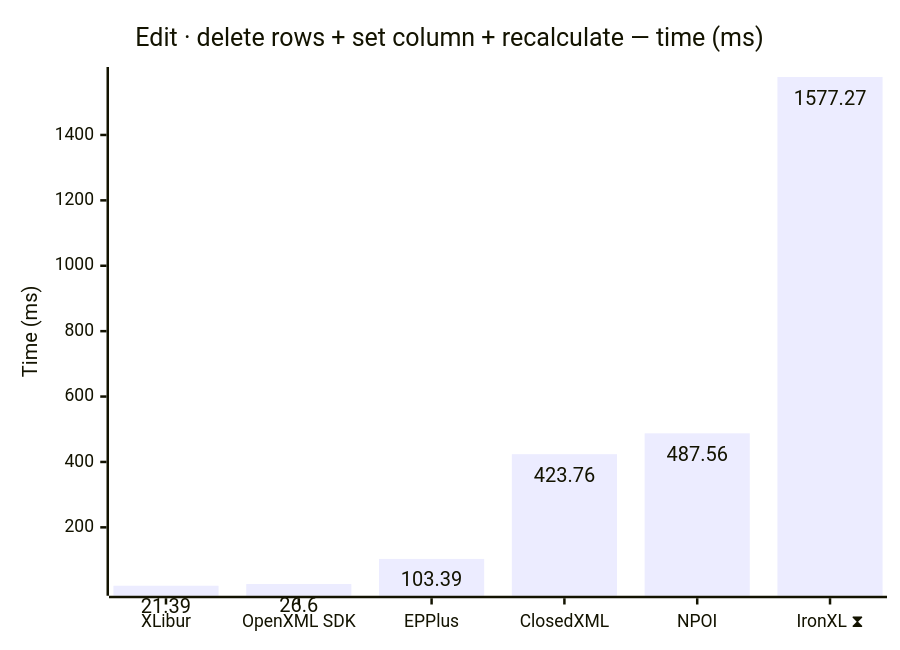
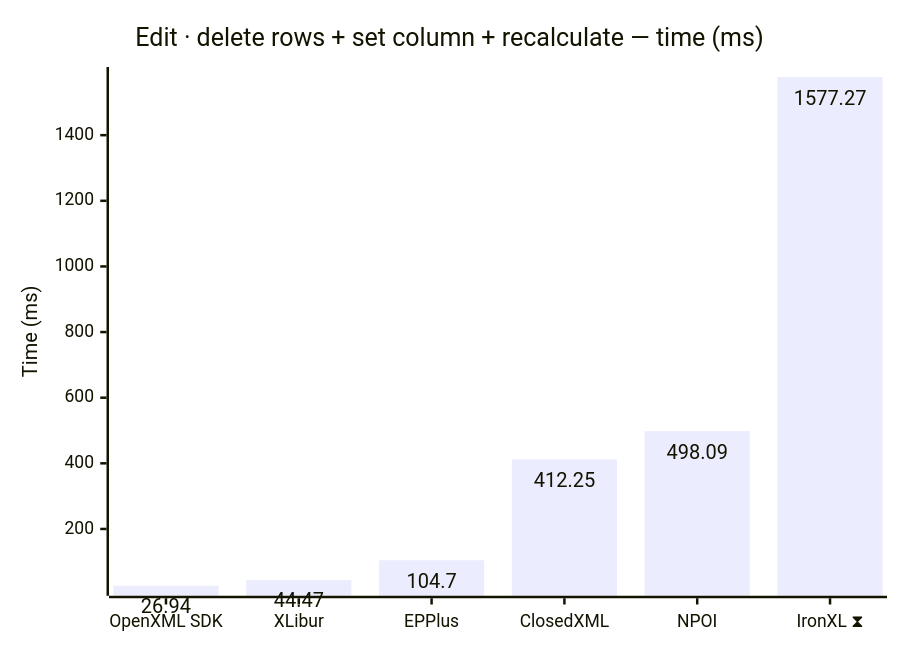
One commit to jafin/XLBench changed the ninth of 12 diagrams in docs/results-ci.md. Above: the diagram before and after it, drawn with Mermaid. The commit also changed other lines of this file, not shown here.

````diff
--- a/docs/results-ci.md
+++ b/docs/results-ci.md
@@ -145,12 +145,12 @@
 ```mermaid
 ---
 config:
   xyChart:
     showDataLabel: true
 ---
 xychart-beta
     title "Edit · delete rows + set column + recalculate — time (ms)"
-    x-axis ["XLibur", "OpenXML SDK", "EPPlus", "ClosedXML", "NPOI", "IronXL ⧗"]
+    x-axis ["OpenXML SDK", "XLibur", "EPPlus", "ClosedXML", "NPOI", "IronXL ⧗"]
     y-axis "Time (ms)"
-    bar [21.39, 26.6, 103.39, 423.76, 487.56, 1577.27]
+    bar [26.94, 44.47, 104.7, 412.25, 498.09, 1577.27]
 ```
````
